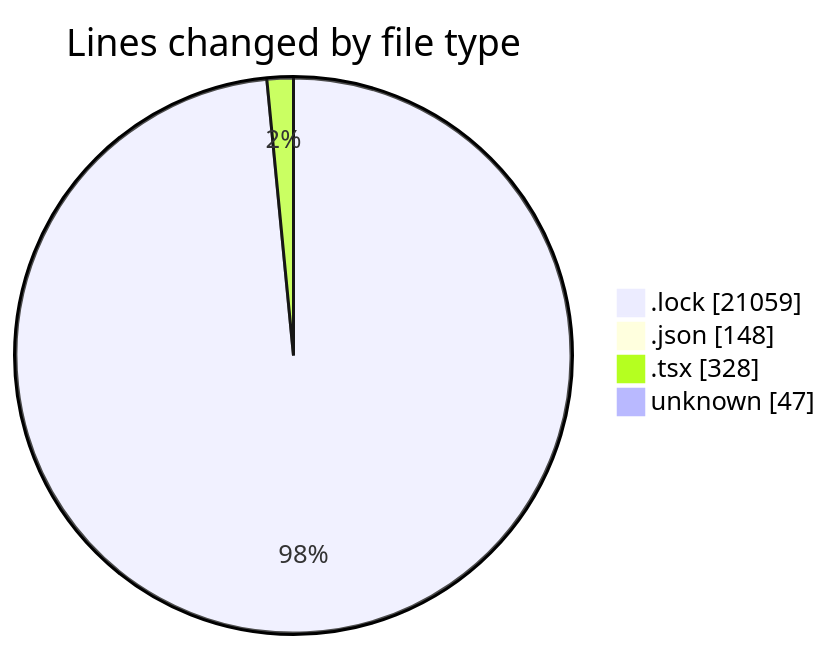
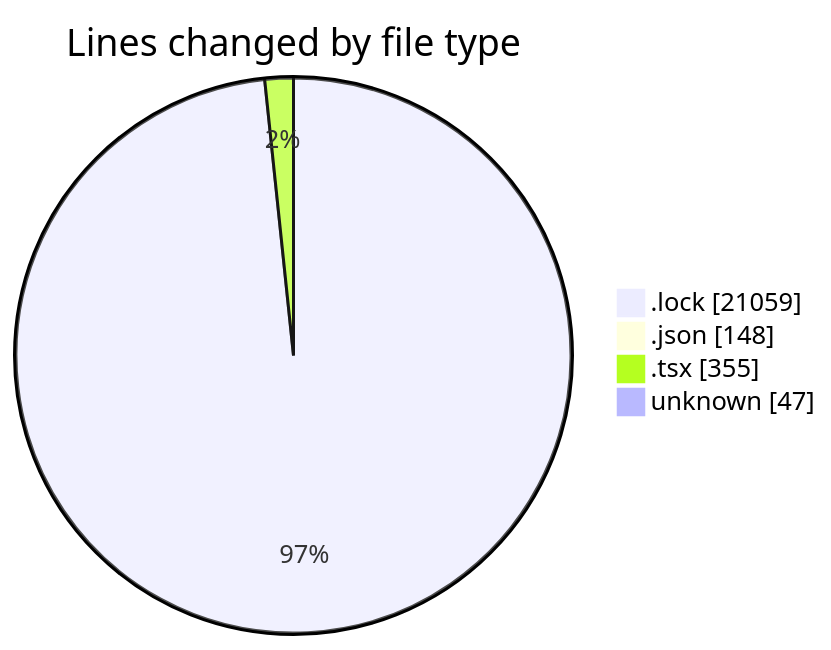
Before and after one commit to momahboobian/code-tracking: the first of 2 diagrams in 2025-10-20/cda/README.md, drawn with Mermaid. The commit also changed other lines of this file and 1 other file, not shown here.

````diff
--- a/2025-10-20/cda/README.md
+++ b/2025-10-20/cda/README.md
@@ -27,8 +27,8 @@
 ```mermaid
 pie showData
 title Lines changed by file type
 ".lock" : 21059
 ".json" : 148
-".tsx" : 328
+".tsx" : 355
 "unknown" : 47
 ```
````
